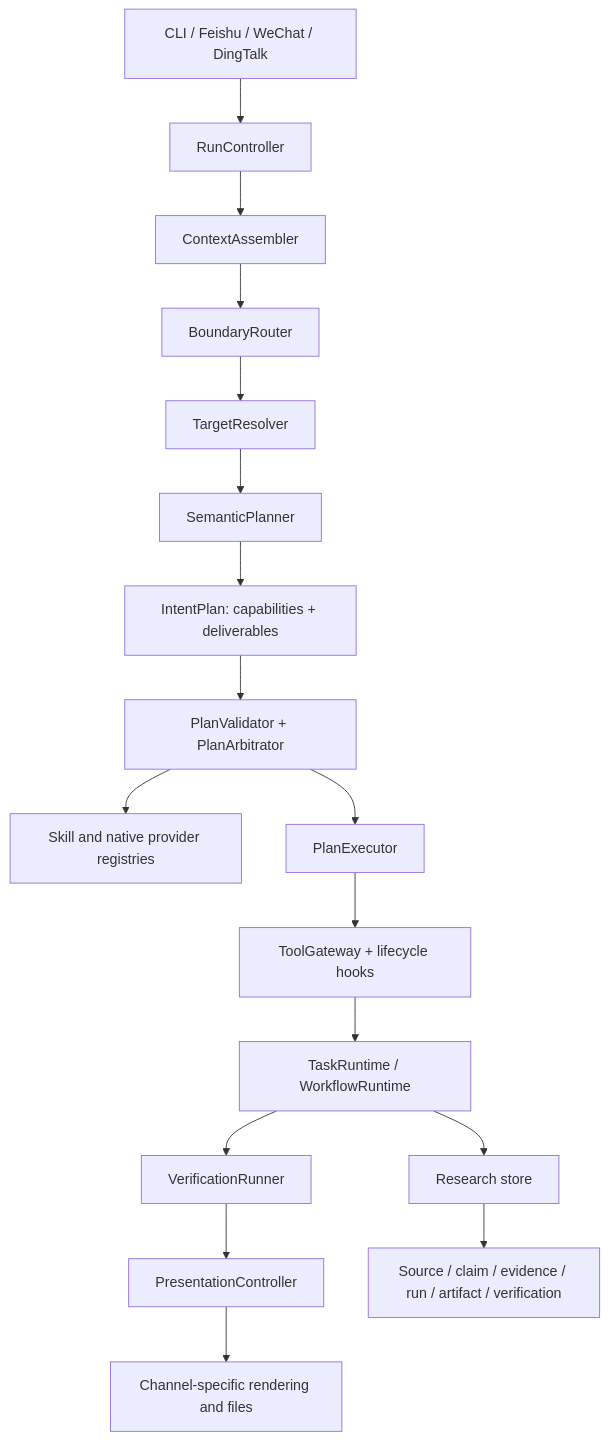
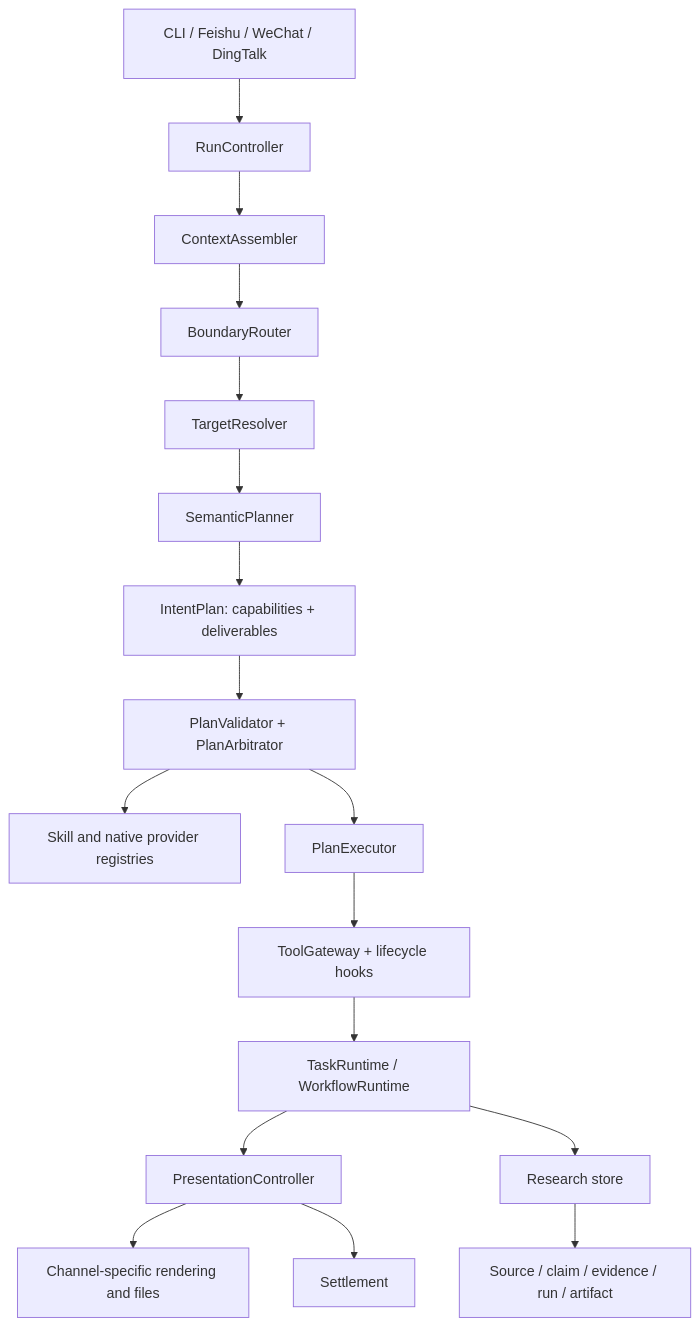
The diagram in cli/docs/research-agent-design.md (tsinghua-fib-lab/OmniScientist-V2), drawn with Mermaid before and after one commit. The commit also changed other lines of this file and 927 other files, not shown here.

````diff
--- a/cli/docs/research-agent-design.md
+++ b/cli/docs/research-agent-design.md
@@ -38,19 +38,19 @@
 ```mermaid
 flowchart TD
   A["CLI / Feishu / WeChat / DingTalk"] --> B["RunController"]
   B --> C["ContextAssembler"]
   C --> D["BoundaryRouter"]
   D --> E["TargetResolver"]
   E --> F["SemanticPlanner"]
   F --> G["IntentPlan: capabilities + deliverables"]
   G --> H["PlanValidator + PlanArbitrator"]
   H --> I["Skill and native provider registries"]
   H --> J["PlanExecutor"]
   J --> K["ToolGateway + lifecycle hooks"]
   K --> L["TaskRuntime / WorkflowRuntime"]
-  L --> M["VerificationRunner"]
-  M --> N["PresentationController"]
-  N --> O["Channel-specific rendering and files"]
+  L --> M["PresentationController"]
+  M --> N["Channel-specific rendering and files"]
+  M --> R["Settlement"]
   L --> P["Research store"]
-  P --> Q["Source / claim / evidence / run / artifact / verification"]
+  P --> Q["Source / claim / evidence / run / artifact"]
 ```
````
